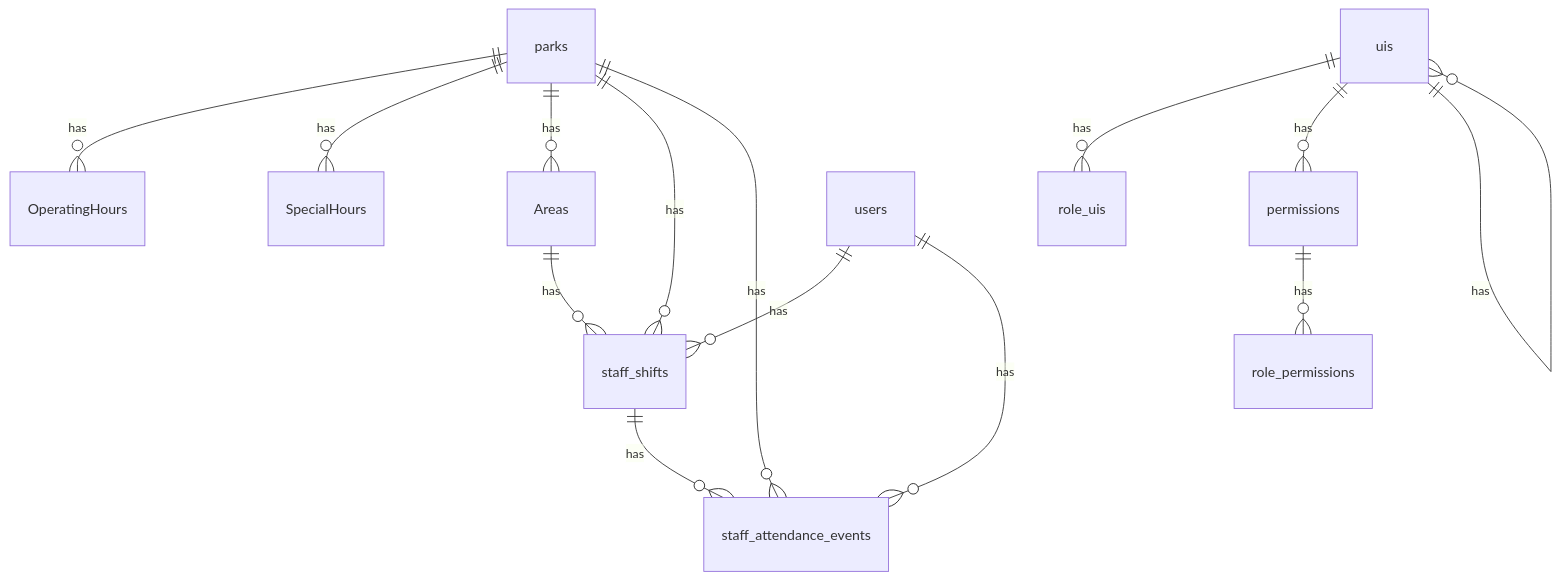
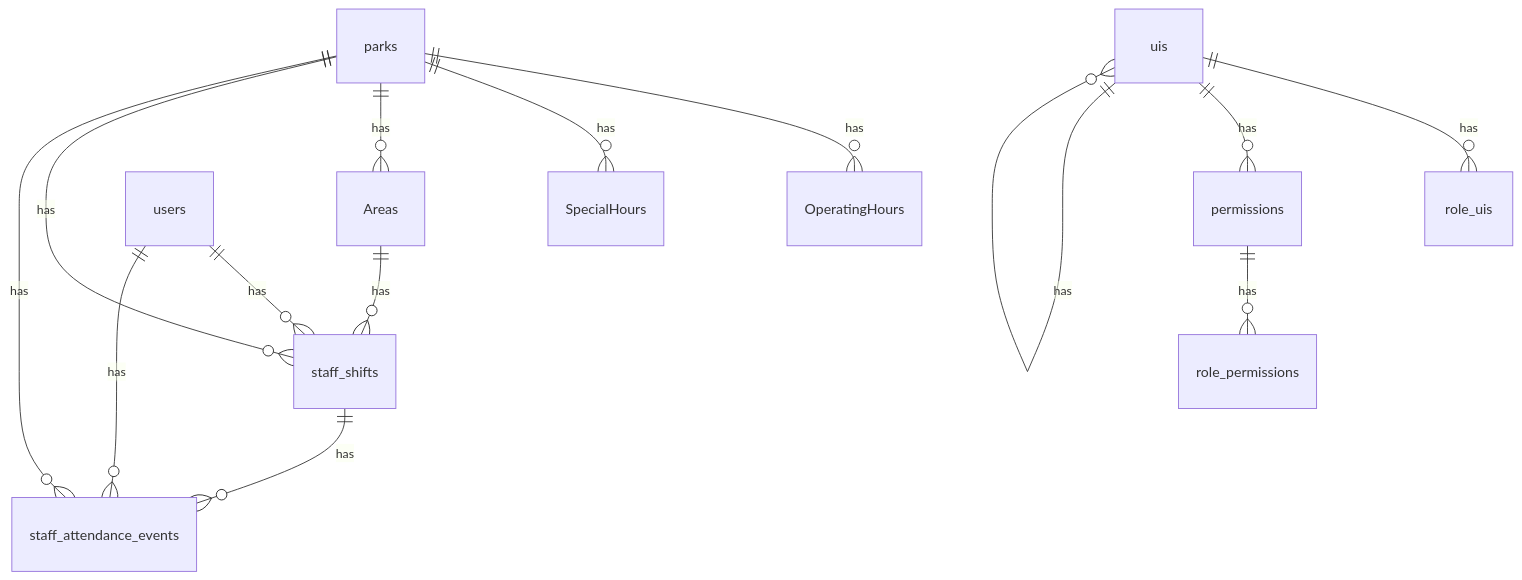
The first of 8 diagrams in Mermaid_Diagrams.md (Saksham-Gupta-GH/ER-Diagram), drawn with Mermaid before and after one commit. The commit also changed other lines of this file, not shown here.

Commit message:
Fix ER diagram generation bugs and update mappings

````diff
--- a/Mermaid_Diagrams.md
+++ b/Mermaid_Diagrams.md
@@ -12,16 +12,16 @@
 ```mermaid
 erDiagram
+  uis ||--o{ role_uis : "has"
+  uis ||--o{ permissions : "has"
+  uis ||--o{ uis : "has"
+  users ||--o{ staff_shifts : "has"
+  users ||--o{ staff_attendance_events : "has"
+  Areas ||--o{ staff_shifts : "has"
   parks ||--o{ OperatingHours : "has"
   parks ||--o{ SpecialHours : "has"
   parks ||--o{ Areas : "has"
-  uis ||--o{ role_uis : "has"
-  uis ||--o{ permissions : "has"
+  parks ||--o{ staff_shifts : "has"
+  parks ||--o{ staff_attendance_events : "has"
   permissions ||--o{ role_permissions : "has"
-  uis ||--o{ uis : "has"
-  parks ||--o{ staff_shifts : "has"
-  users ||--o{ staff_shifts : "has"
-  Areas ||--o{ staff_shifts : "has"
-  parks ||--o{ staff_attendance_events : "has"
-  users ||--o{ staff_attendance_events : "has"
   staff_shifts ||--o{ staff_attendance_events : "has"
 ```
````
